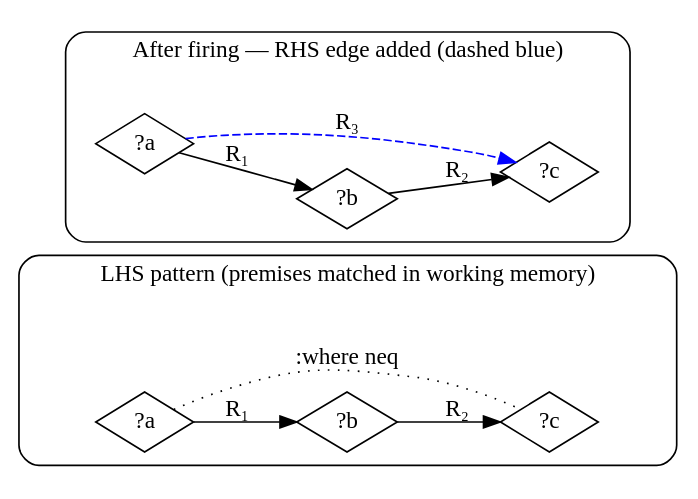
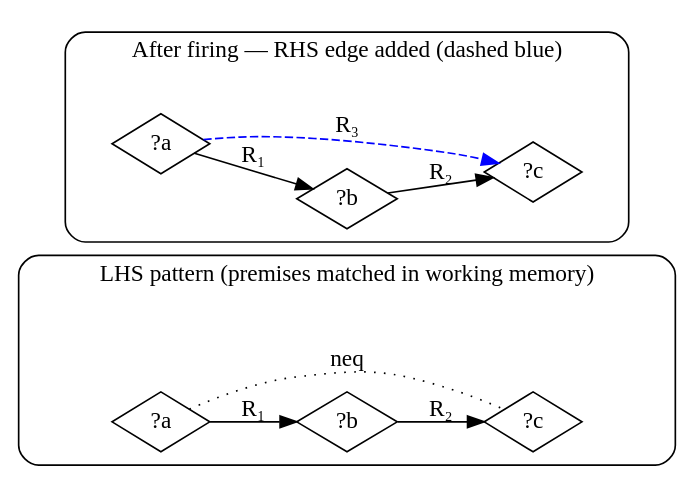
One commit to agutikov/ein changed the third of 8 diagrams in docs/kernel/ir/01-ein-graph/02_rules.md. Above: the diagram before and after it, drawn with Graphviz. The commit also changed other lines of this file and 15 other files, not shown here.

````diff
--- a/docs/kernel/ir/01-ein-graph/02_rules.md
+++ b/docs/kernel/ir/01-ein-graph/02_rules.md
@@ -121,28 +129,28 @@
 ```dot
 digraph t1_example {
   rankdir=LR;
   newrank=true;
 
   subgraph cluster_lhs {
     label="LHS pattern (premises matched in working memory)";
     style=rounded;
     a1 [shape=diamond, label="?a"];
     b1 [shape=diamond, label="?b"];
     c1 [shape=diamond, label="?c"];
     a1 -> b1 [label="R₁"];
     b1 -> c1 [label="R₂"];
-    a1 -> c1 [label=":where neq", style=dotted, dir=none, constraint=false];
+    a1 -> c1 [label="neq", style=dotted, dir=none, constraint=false];
   }
 
   subgraph cluster_after {
     label="After firing — RHS edge added (dashed blue)";
     style=rounded;
     a2 [shape=diamond, label="?a"];
     b2 [shape=diamond, label="?b"];
     c2 [shape=diamond, label="?c"];
     a2 -> b2 [label="R₁"];
     b2 -> c2 [label="R₂"];
     a2 -> c2 [label="R₃", style=dashed, color=blue];
   }
 }
 ```
````
